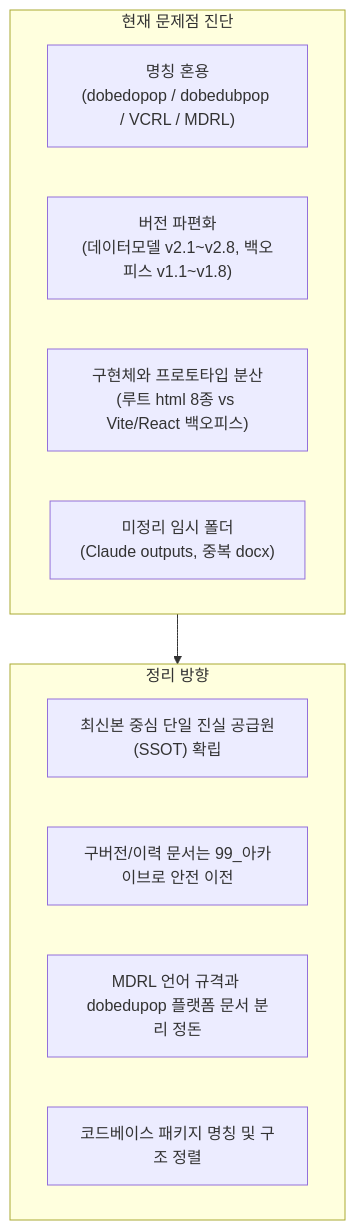
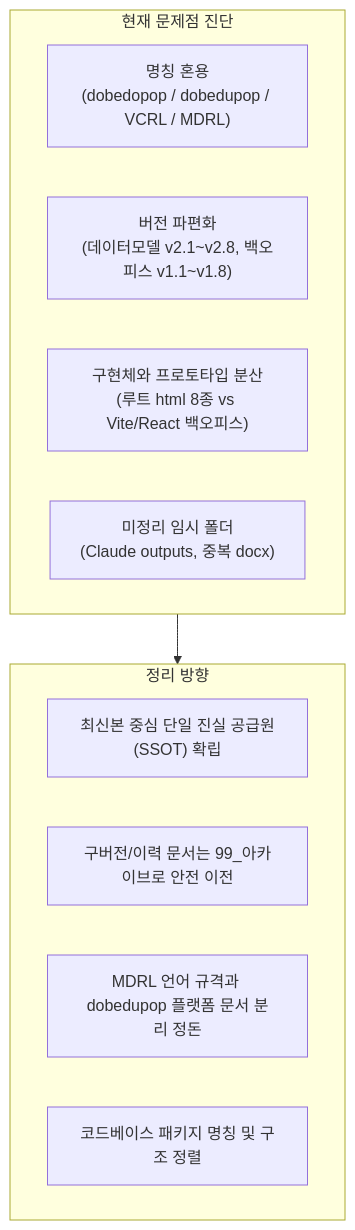
Before and after one commit to changkyuneun-ux/vocal_combination: the diagram in 00_프로젝트_개요/프로젝트_문서코드_정리계획.md, drawn with Mermaid. The commit also changed other lines of this file and 15 other files, not shown here.

````diff
--- a/00_프로젝트_개요/프로젝트_문서코드_정리계획.md
+++ b/00_프로젝트_개요/프로젝트_문서코드_정리계획.md
@@ -23,18 +23,18 @@
 ```mermaid
 graph TD
     subgraph Current_Issues [현재 문제점 진단]
-        A["명칭 혼용<br>(dobedopop / dobedubpop / VCRL / MDRL)"]
+        A["명칭 혼용<br>(dobedopop / dobedupop / VCRL / MDRL)"]
         B["버전 파편화<br>(데이터모델 v2.1~v2.8, 백오피스 v1.1~v1.8)"]
         C["구현체와 프로토타입 분산<br>(루트 html 8종 vs Vite/React 백오피스)"]
         D["미정리 임시 폴더<br>(Claude outputs, 중복 docx)"]
     end
 
     subgraph Solution [정리 방향]
         S1["최신본 중심 단일 진실 공급원(SSOT) 확립"]
         S2["구버전/이력 문서는 99_아카이브로 안전 이전"]
         S3["MDRL 언어 규격과 dobedupop 플랫폼 문서 분리 정돈"]
         S4["코드베이스 패키지 명칭 및 구조 정렬"]
     end
 
     Current_Issues --> Solution
 ```
````
